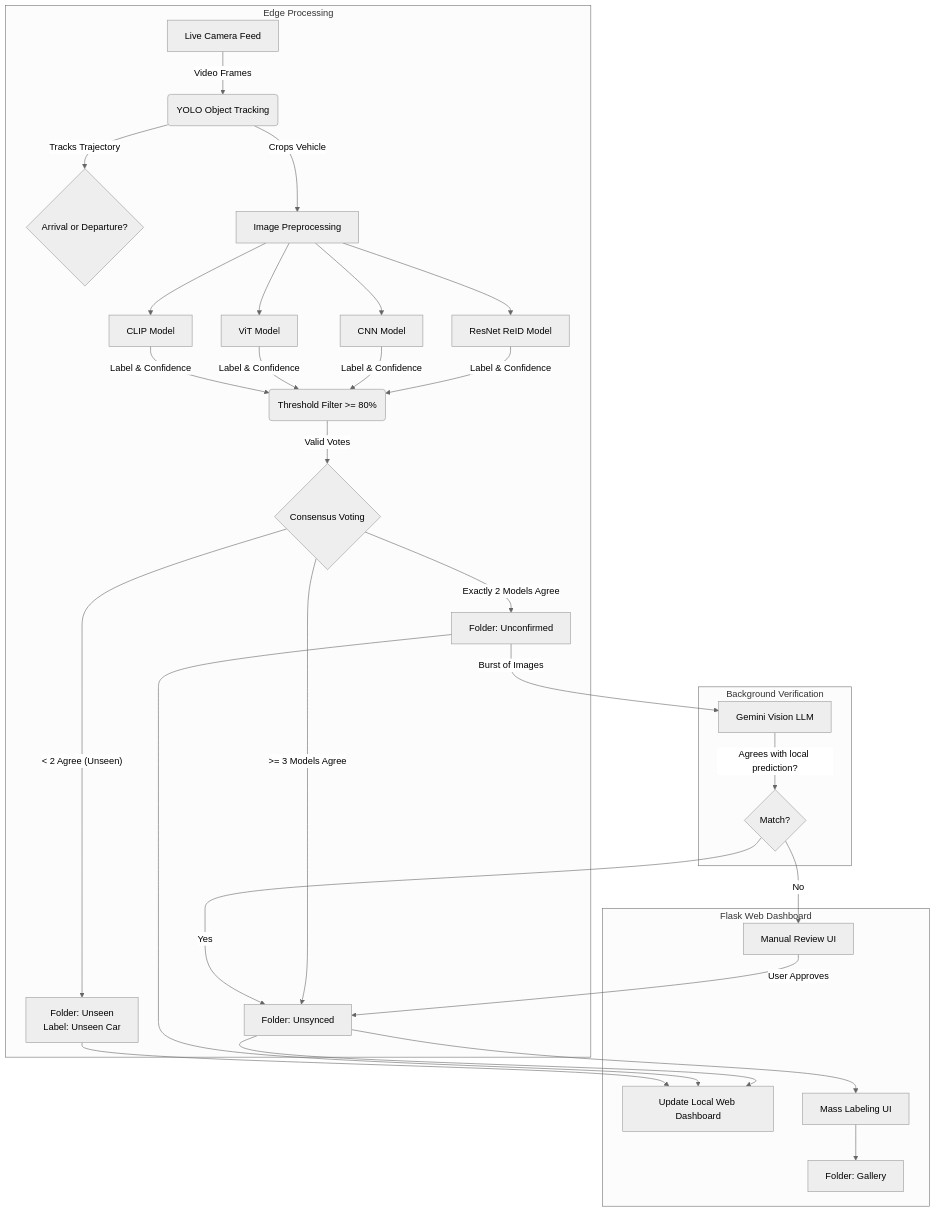
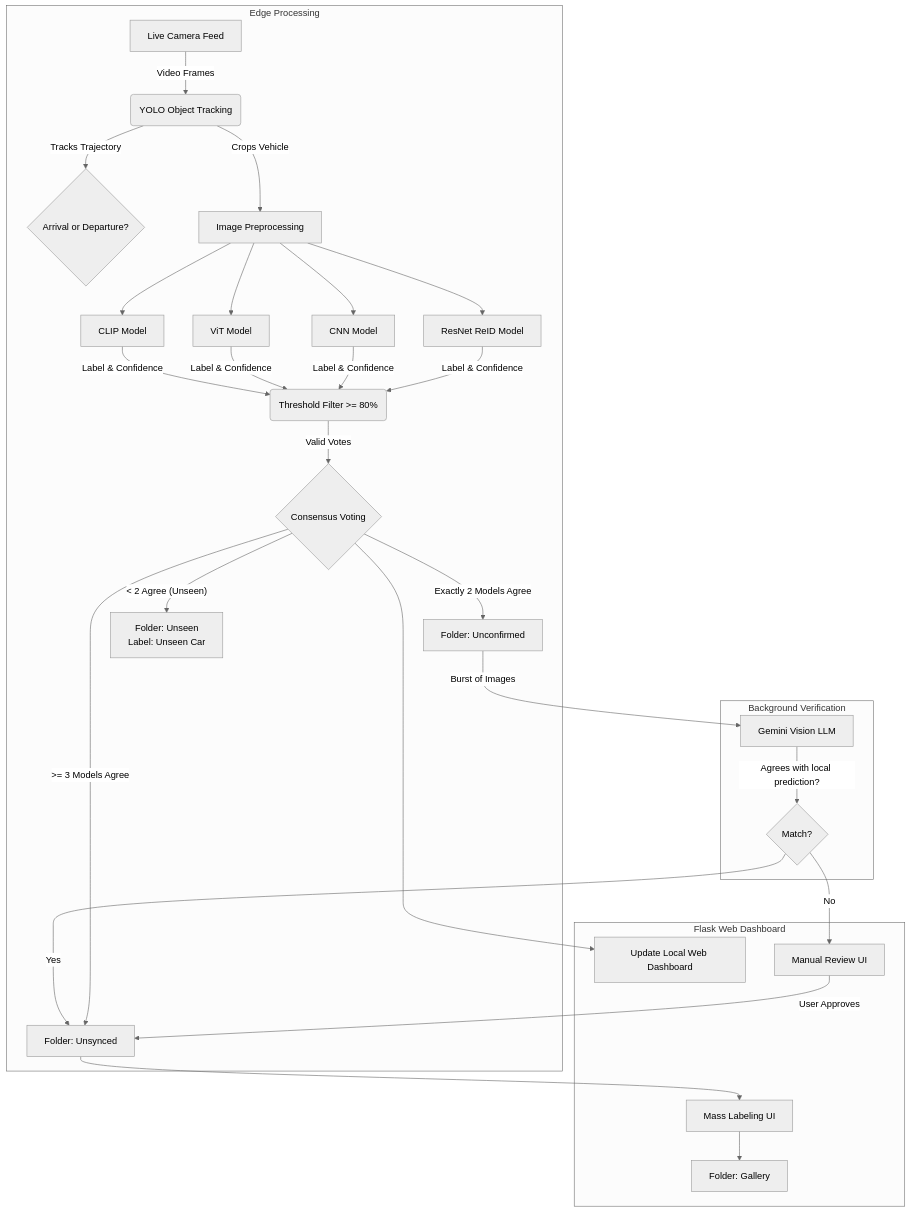
One commit to Nuisey/CaReID changed the diagram in README.md. Above: the diagram before and after it, drawn with Mermaid (neutral theme).

Commit message:
Update README diagram to route Consensus Voting to Dashboard

````diff
--- a/README.md
+++ b/README.md
@@ -47,39 +47,39 @@
 ```mermaid
 
 flowchart TD
 
     subgraph Edge Processing
         A[Live Camera Feed] -->|Video Frames| B(YOLO Object Tracking)
         B -->|Tracks Trajectory| C{Arrival or Departure?}
         B -->|Crops Vehicle| D[Image Preprocessing]
   
         D --> E[ResNet ReID Model]
         D --> F[CNN Model]
         D --> G[ViT Model]
         D --> H[CLIP Model]
   
         E & F & G & H -->|Label & Confidence| I(Threshold Filter >= 80%)
         I -->|Valid Votes| J{Consensus Voting}
         
         J -- ">= 3 Models Agree" --> K[Folder: Unsynced]
         J -- "Exactly 2 Models Agree" --> L[Folder: Unconfirmed]
         J -- "< 2 Agree (Unseen)" --> M[Folder: Unseen\nLabel: Unseen Car]
     end
 
     subgraph Background Verification
         L -->|Burst of Images| P[Gemini Vision LLM]
         P -->|Agrees with local prediction?| Q{Match?}
         Q -- Yes --> K
     end
   
     subgraph Flask Web Dashboard
-        K & L & M --> O[Update Local Web Dashboard]
+        J --> O[Update Local Web Dashboard]
         
         Q -- No --> R[Manual Review UI]
         R -- User Approves --> K
         
         K --> S[Mass Labeling UI]
         S --> T[Folder: Gallery]
     end
 
 ```
````
